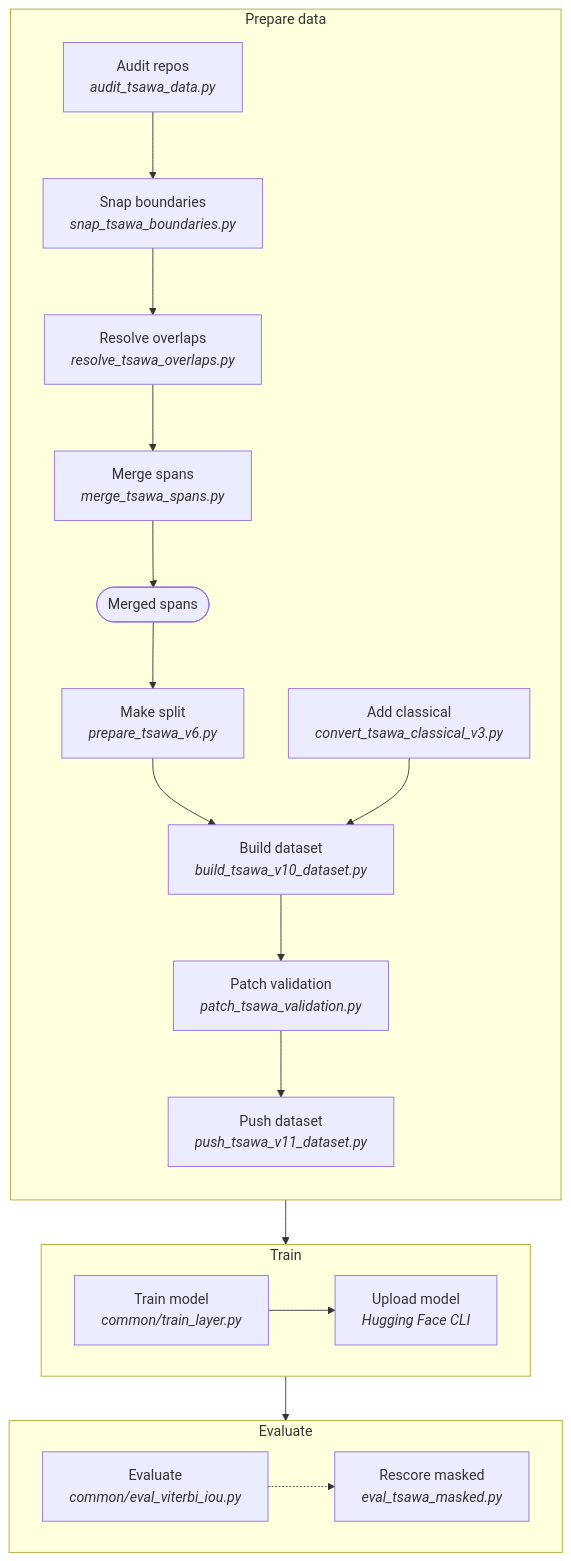
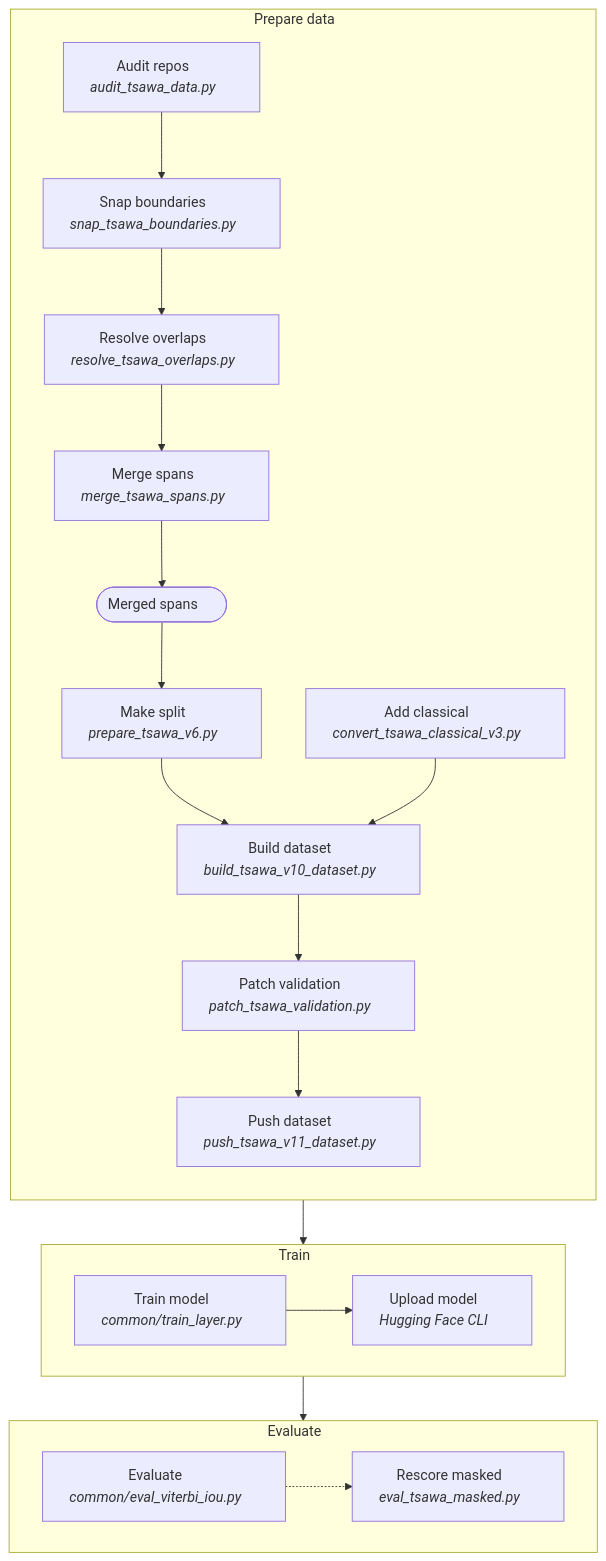
Before and after one commit to tenzinyonten/tibetan-layer-detection: the diagram in tsawa/README.md, drawn with Mermaid. The commit also changed 8 other files, not shown here.

Commit message:
Add padding to flowchart labels so GitHub does not clip them

````diff
--- a/tsawa/README.md
+++ b/tsawa/README.md
@@ -31,25 +31,25 @@
 ```mermaid
 flowchart TD
-  subgraph PREP["Prepare data"]
+  subgraph PREP["Prepare data&nbsp;&nbsp;&nbsp;&nbsp;&nbsp;"]
     direction TB
-    S1["Audit repos<br/><i>audit_tsawa_data.py</i>"] --> S2["Snap boundaries<br/><i>snap_tsawa_boundaries.py</i>"]
-    S2 --> S3["Resolve overlaps<br/><i>resolve_tsawa_overlaps.py</i>"]
-    S3 --> S4["Merge spans<br/><i>merge_tsawa_spans.py</i>"]
-    S4 --> F1(["Merged spans"])
-    F1 --> S5["Make split<br/><i>prepare_tsawa_v6.py</i>"]
-    S5 --> S6["Build dataset<br/><i>build_tsawa_v10_dataset.py</i>"]
-    S7["Add classical<br/><i>convert_tsawa_classical_v3.py</i>"] --> S6
-    S6 --> S8["Patch validation<br/><i>patch_tsawa_validation.py</i>"]
-    S8 --> S9["Push dataset<br/><i>push_tsawa_v11_dataset.py</i>"]
+    S1["Audit repos&nbsp;&nbsp;&nbsp;&nbsp;&nbsp;<br/><i>audit_tsawa_data.py&nbsp;&nbsp;&nbsp;&nbsp;&nbsp;</i>"] --> S2["Snap boundaries&nbsp;&nbsp;&nbsp;&nbsp;&nbsp;<br/><i>snap_tsawa_boundaries.py&nbsp;&nbsp;&nbsp;&nbsp;&nbsp;</i>"]
+    S2 --> S3["Resolve overlaps&nbsp;&nbsp;&nbsp;&nbsp;&nbsp;<br/><i>resolve_tsawa_overlaps.py&nbsp;&nbsp;&nbsp;&nbsp;&nbsp;</i>"]
+    S3 --> S4["Merge spans&nbsp;&nbsp;&nbsp;&nbsp;&nbsp;<br/><i>merge_tsawa_spans.py&nbsp;&nbsp;&nbsp;&nbsp;&nbsp;</i>"]
+    S4 --> F1(["Merged spans&nbsp;&nbsp;&nbsp;&nbsp;&nbsp;"])
+    F1 --> S5["Make split&nbsp;&nbsp;&nbsp;&nbsp;&nbsp;<br/><i>prepare_tsawa_v6.py&nbsp;&nbsp;&nbsp;&nbsp;&nbsp;</i>"]
+    S5 --> S6["Build dataset&nbsp;&nbsp;&nbsp;&nbsp;&nbsp;<br/><i>build_tsawa_v10_dataset.py&nbsp;&nbsp;&nbsp;&nbsp;&nbsp;</i>"]
+    S7["Add classical&nbsp;&nbsp;&nbsp;&nbsp;&nbsp;<br/><i>convert_tsawa_classical_v3.py&nbsp;&nbsp;&nbsp;&nbsp;&nbsp;</i>"] --> S6
+    S6 --> S8["Patch validation&nbsp;&nbsp;&nbsp;&nbsp;&nbsp;<br/><i>patch_tsawa_validation.py&nbsp;&nbsp;&nbsp;&nbsp;&nbsp;</i>"]
+    S8 --> S9["Push dataset&nbsp;&nbsp;&nbsp;&nbsp;&nbsp;<br/><i>push_tsawa_v11_dataset.py&nbsp;&nbsp;&nbsp;&nbsp;&nbsp;</i>"]
   end
-  subgraph TRAIN["Train"]
+  subgraph TRAIN["Train&nbsp;&nbsp;&nbsp;&nbsp;&nbsp;"]
     direction LR
-    T1["Train model<br/><i>common/train_layer.py</i>"] --> T2["Upload model<br/><i>Hugging Face CLI</i>"]
+    T1["Train model&nbsp;&nbsp;&nbsp;&nbsp;&nbsp;<br/><i>common/train_layer.py&nbsp;&nbsp;&nbsp;&nbsp;&nbsp;</i>"] --> T2["Upload model&nbsp;&nbsp;&nbsp;&nbsp;&nbsp;<br/><i>Hugging Face CLI&nbsp;&nbsp;&nbsp;&nbsp;&nbsp;</i>"]
   end
-  subgraph EVAL["Evaluate"]
+  subgraph EVAL["Evaluate&nbsp;&nbsp;&nbsp;&nbsp;&nbsp;"]
     direction LR
-    E1["Evaluate<br/><i>common/eval_viterbi_iou.py</i>"] -.-> E2["Rescore masked<br/><i>eval_tsawa_masked.py</i>"]
+    E1["Evaluate&nbsp;&nbsp;&nbsp;&nbsp;&nbsp;<br/><i>common/eval_viterbi_iou.py&nbsp;&nbsp;&nbsp;&nbsp;&nbsp;</i>"] -.-> E2["Rescore masked&nbsp;&nbsp;&nbsp;&nbsp;&nbsp;<br/><i>eval_tsawa_masked.py&nbsp;&nbsp;&nbsp;&nbsp;&nbsp;</i>"]
   end
   PREP --> TRAIN
   TRAIN --> EVAL
 ```
````
